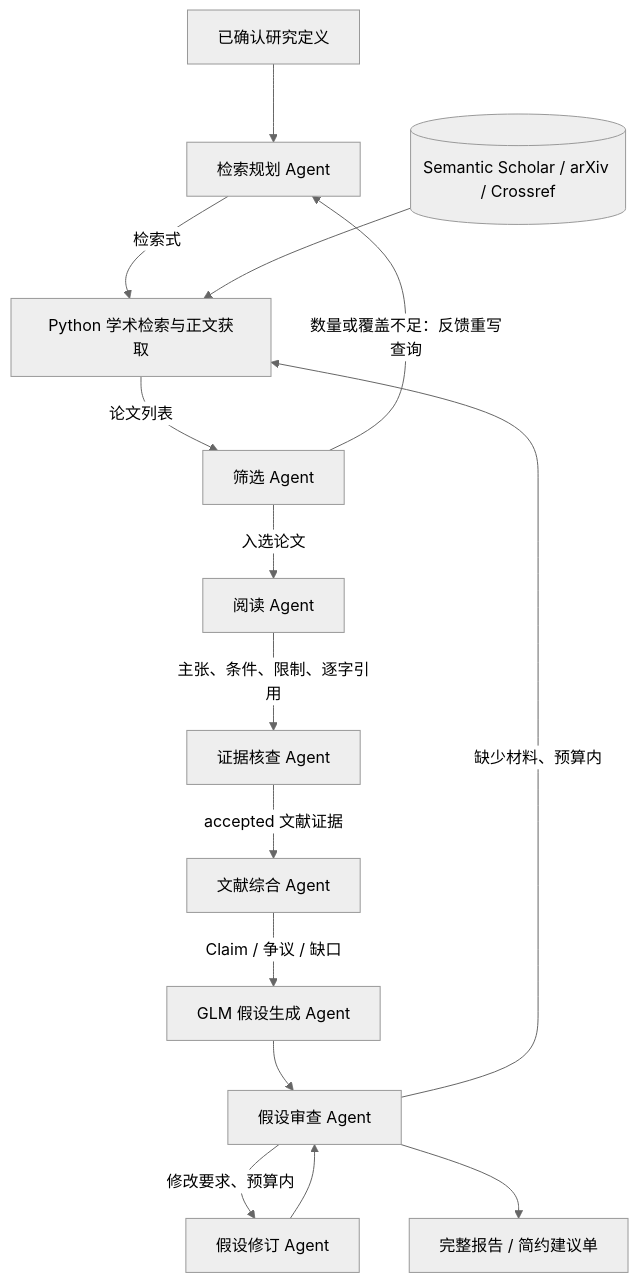
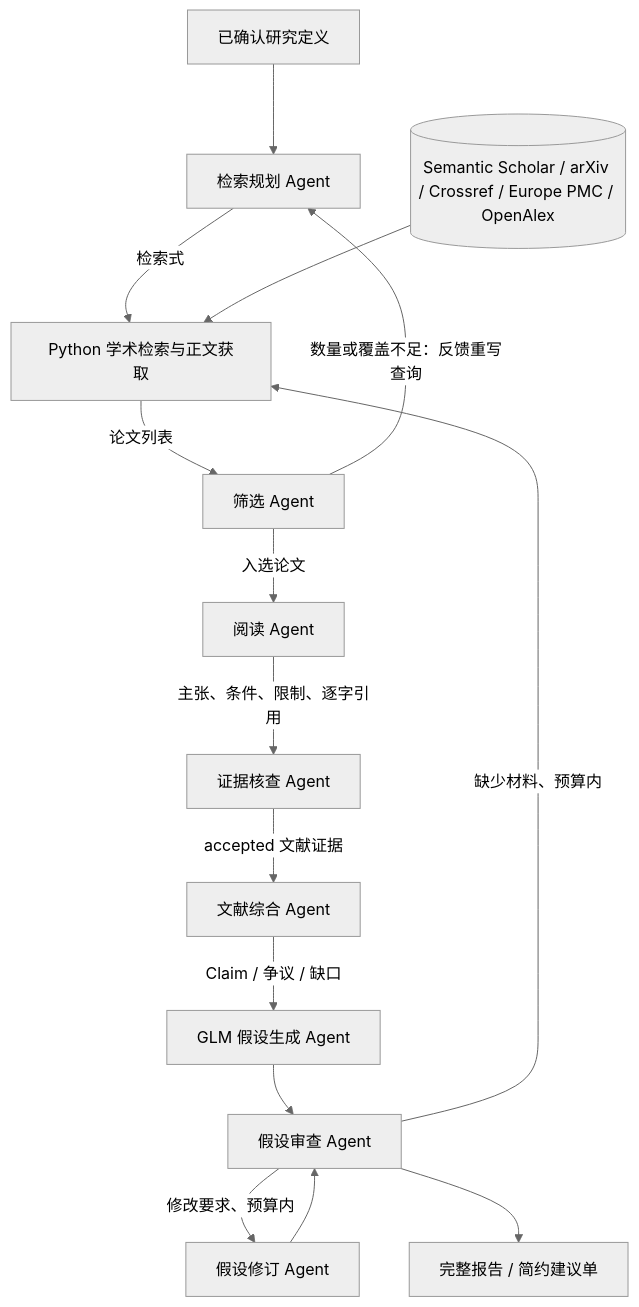
The diagram in docs/literature_agents.md (qinq3132-cmyk/Adaptara), drawn with Mermaid (neutral theme) before and after one commit. The commit also changed other lines of this file and 11 other files, not shown here.

````diff
--- a/docs/literature_agents.md
+++ b/docs/literature_agents.md
@@ -5,17 +5,17 @@
 ```mermaid
 flowchart TD
     A[已确认研究定义] --> B[检索规划 Agent]
     B -->|检索式| C[Python 学术检索与正文获取]
-    S[(Semantic Scholar / arXiv / Crossref)] --> C
+    S[(Semantic Scholar / arXiv / Crossref / Europe PMC / OpenAlex)] --> C
     C -->|论文列表| D[筛选 Agent]
     D -->|入选论文| E[阅读 Agent]
     D -->|数量或覆盖不足：反馈重写查询| B
     E -->|主张、条件、限制、逐字引用| F[证据核查 Agent]
     F -->|accepted 文献证据| G[文献综合 Agent]
     G -->|Claim / 争议 / 缺口| H[GLM 假设生成 Agent]
     H --> I[假设审查 Agent]
     I -->|缺少材料、预算内| C
     I -->|修改要求、预算内| J[假设修订 Agent]
     J --> I
     I --> K[完整报告 / 简约建议单]
 ```
````
